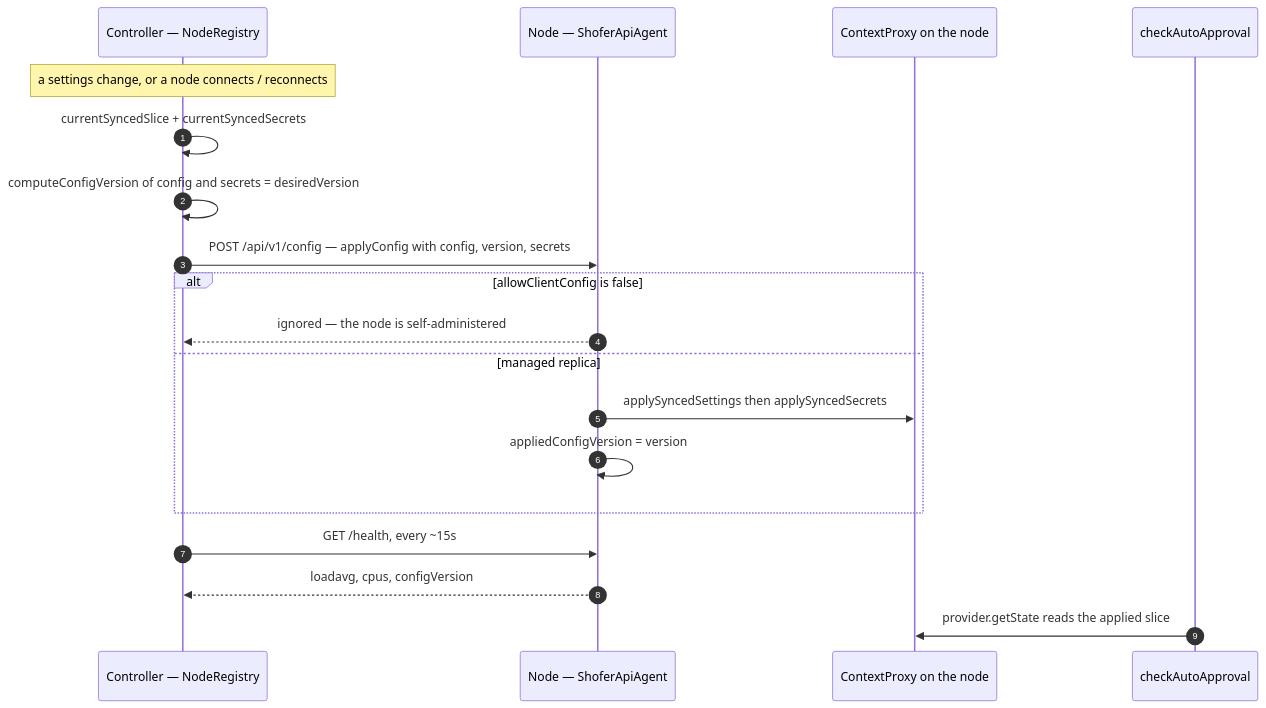
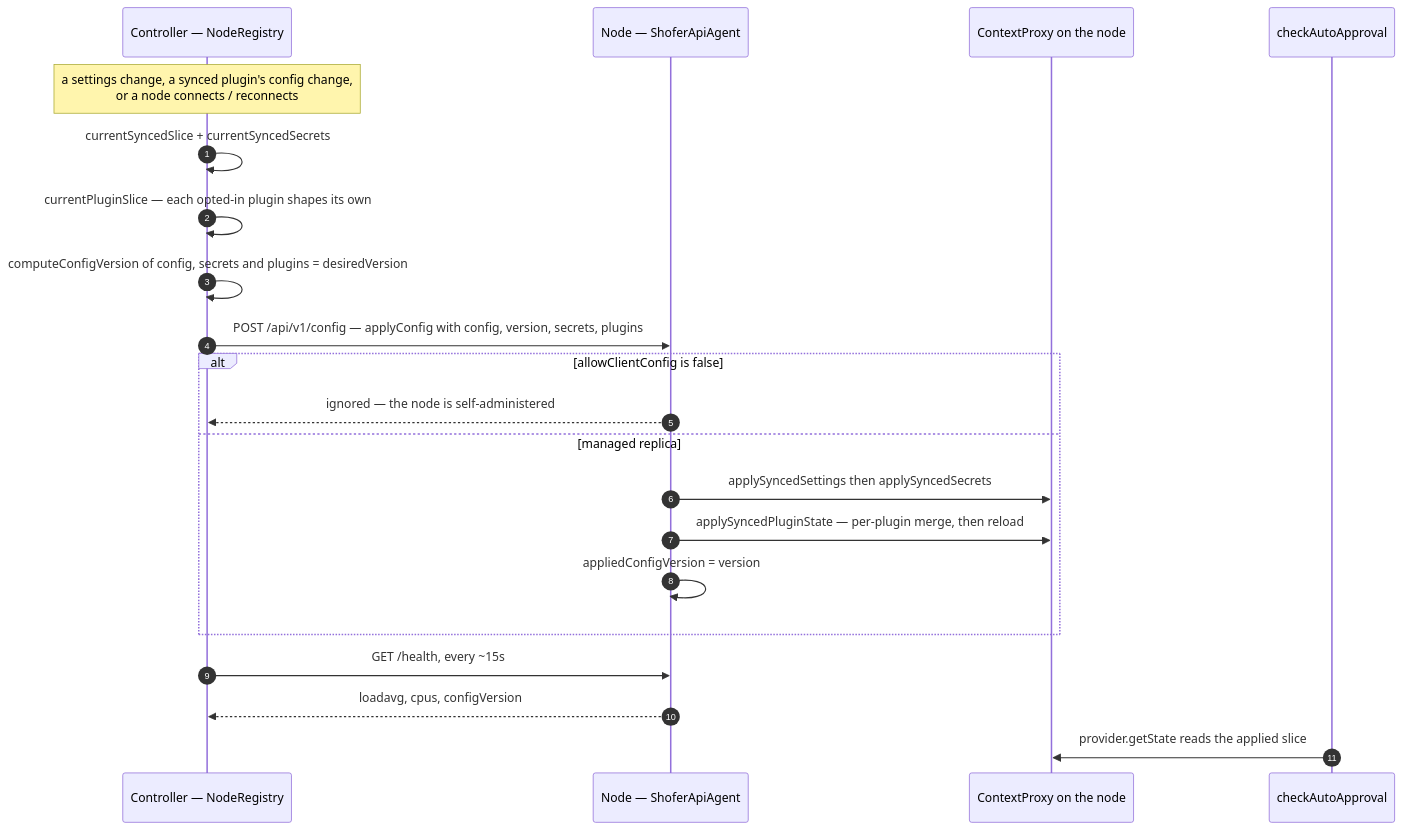
One commit to shofer-dev/shofer changed the second of 3 diagrams in docs/config_sync.md. Above: the diagram before and after it, drawn with Mermaid. The commit also changed other lines of this file and 15 other files, not shown here.

````diff
--- a/docs/config_sync.md
+++ b/docs/config_sync.md
@@ -276,22 +313,24 @@
 ```mermaid
 sequenceDiagram
     autonumber
     participant C as Controller — NodeRegistry
     participant N as Node — ShoferApiAgent
     participant P as ContextProxy on the node
     participant A as checkAutoApproval
 
-    Note over C: a settings change, or a node connects / reconnects
+    Note over C: a settings change, a synced plugin's config change,<br/>or a node connects / reconnects
     C->>C: currentSyncedSlice + currentSyncedSecrets
-    C->>C: computeConfigVersion of config and secrets = desiredVersion
-    C->>N: POST /api/v1/config — applyConfig with config, version, secrets
+    C->>C: currentPluginSlice — each opted-in plugin shapes its own
+    C->>C: computeConfigVersion of config, secrets and plugins = desiredVersion
+    C->>N: POST /api/v1/config — applyConfig with config, version, secrets, plugins
     alt allowClientConfig is false
         N-->>C: ignored — the node is self-administered
     else managed replica
         N->>P: applySyncedSettings then applySyncedSecrets
+        N->>P: applySyncedPluginState — per-plugin merge, then reload
         N->>N: appliedConfigVersion = version
     end
     C->>N: GET /health, every ~15s
     N-->>C: loadavg, cpus, configVersion
     A->>P: provider.getState reads the applied slice
 ```
````
